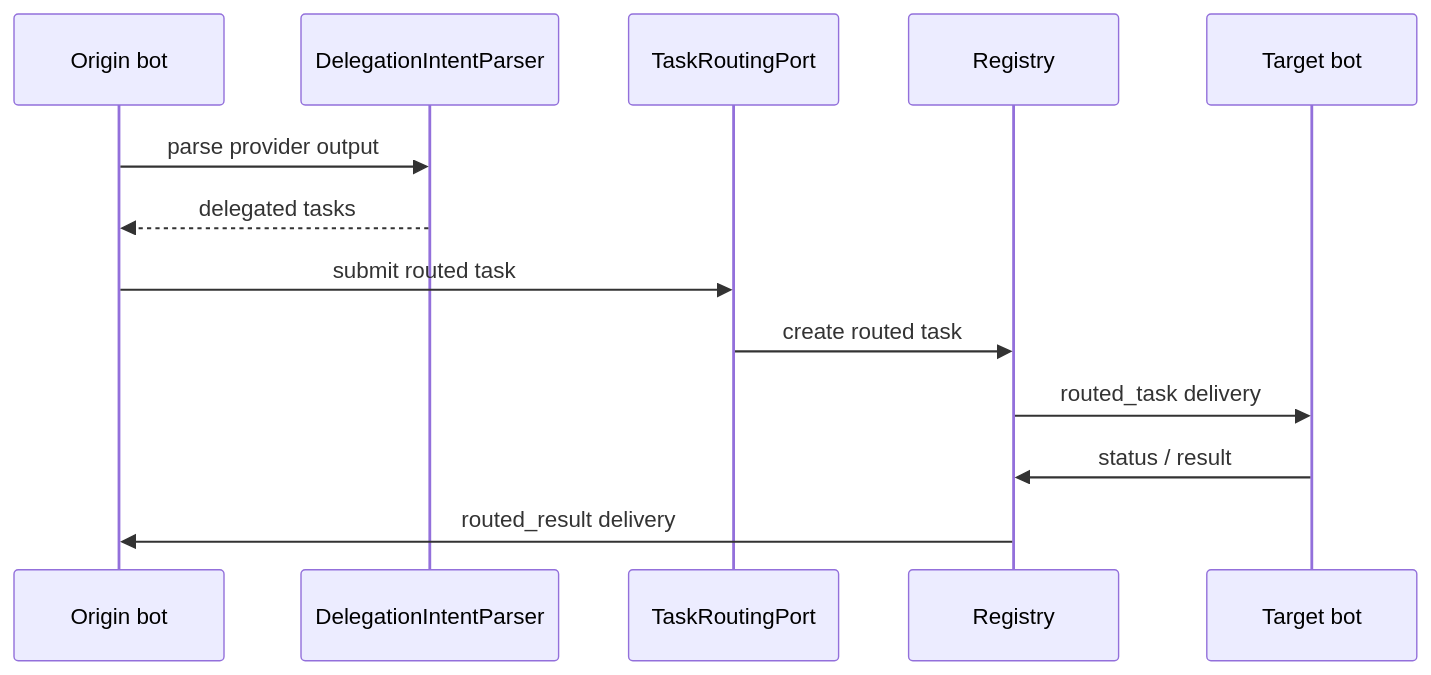
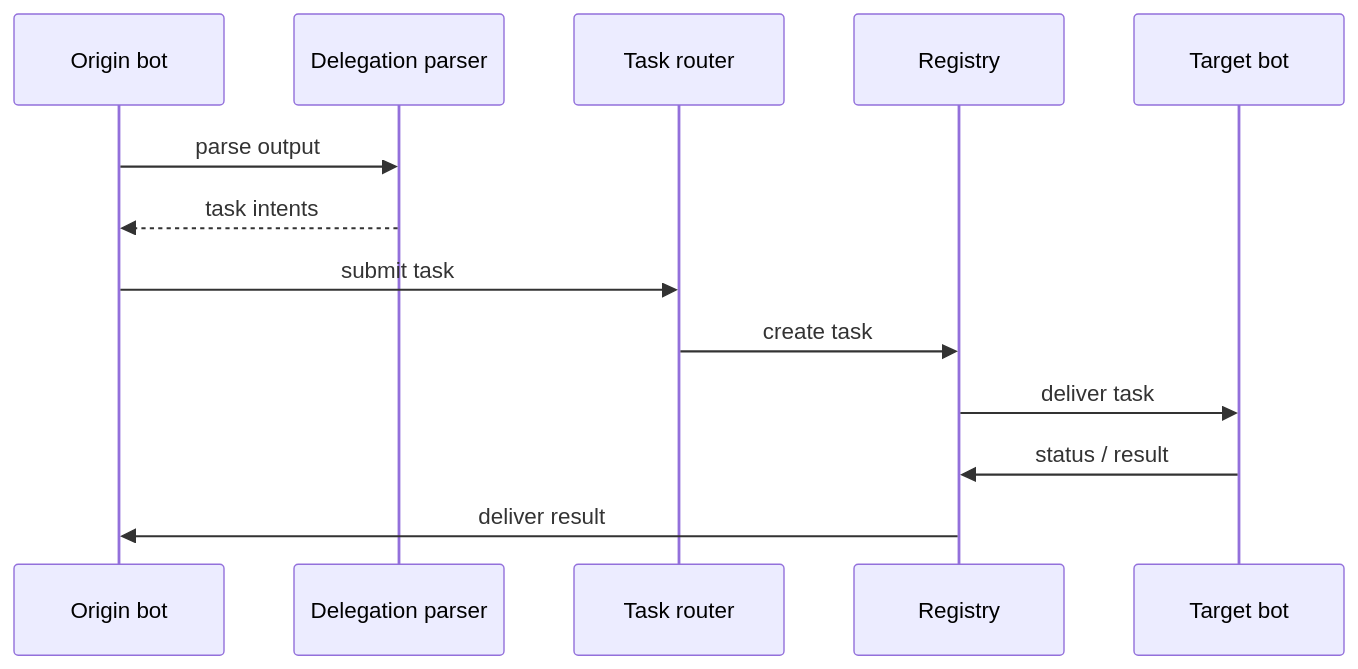
The fifth of 5 diagrams in ARCHITECTURE.md (privacynow/octopus), drawn with Mermaid before and after one commit. The commit also changed other lines of this file, not shown here.

Commit message:
Update architecture documentation

````diff
--- a/ARCHITECTURE.md
+++ b/ARCHITECTURE.md
@@ -289,16 +352,16 @@
 ```mermaid
 sequenceDiagram
-    participant Origin as Origin bot
-    participant Parser as DelegationIntentParser
-    participant Route as TaskRoutingPort
-    participant Reg as Registry
-    participant Target as Target bot
+    participant O as Origin bot
+    participant D as Delegation parser
+    participant T as Task router
+    participant R as Registry
+    participant G as Target bot
 
-    Origin->>Parser: parse provider output
-    Parser-->>Origin: delegated tasks
-    Origin->>Route: submit routed task
-    Route->>Reg: create routed task
-    Reg->>Target: routed_task delivery
-    Target->>Reg: status / result
-    Reg->>Origin: routed_result delivery
+    O->>D: parse output
+    D-->>O: task intents
+    O->>T: submit task
+    T->>R: create task
+    R->>G: deliver task
+    G->>R: status / result
+    R->>O: deliver result
 ```
````
